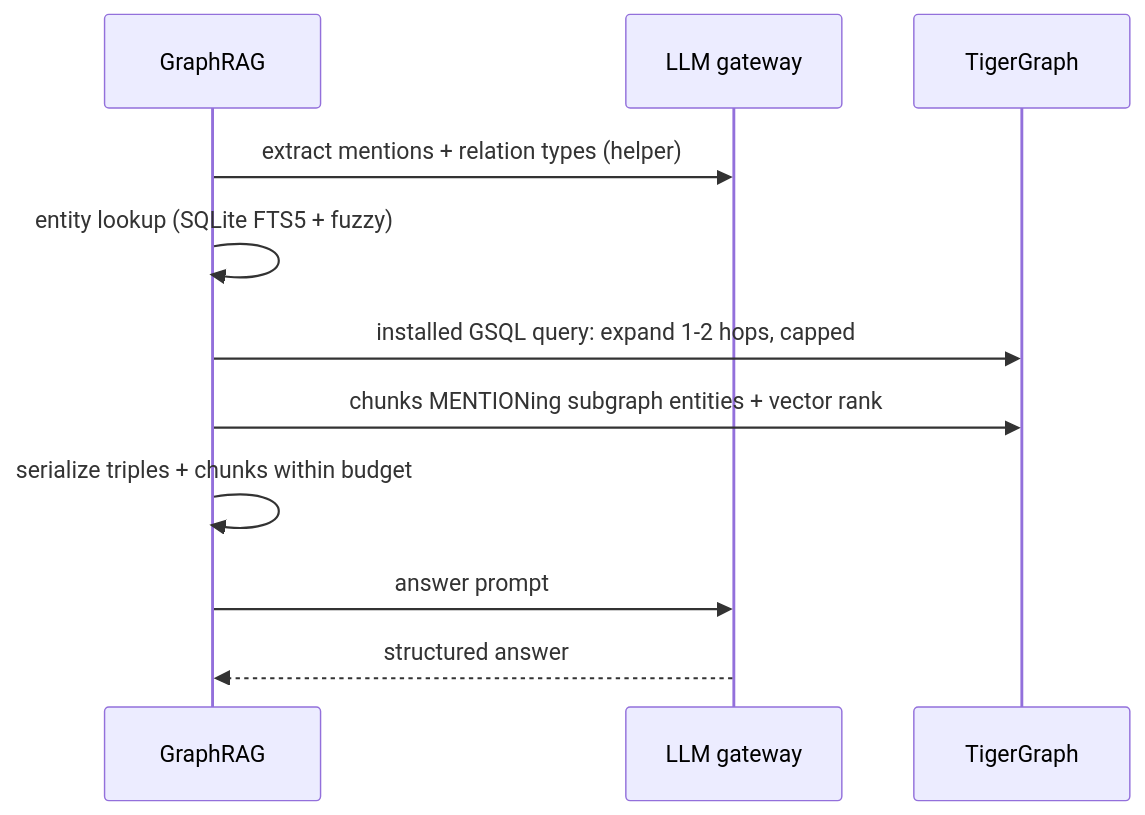
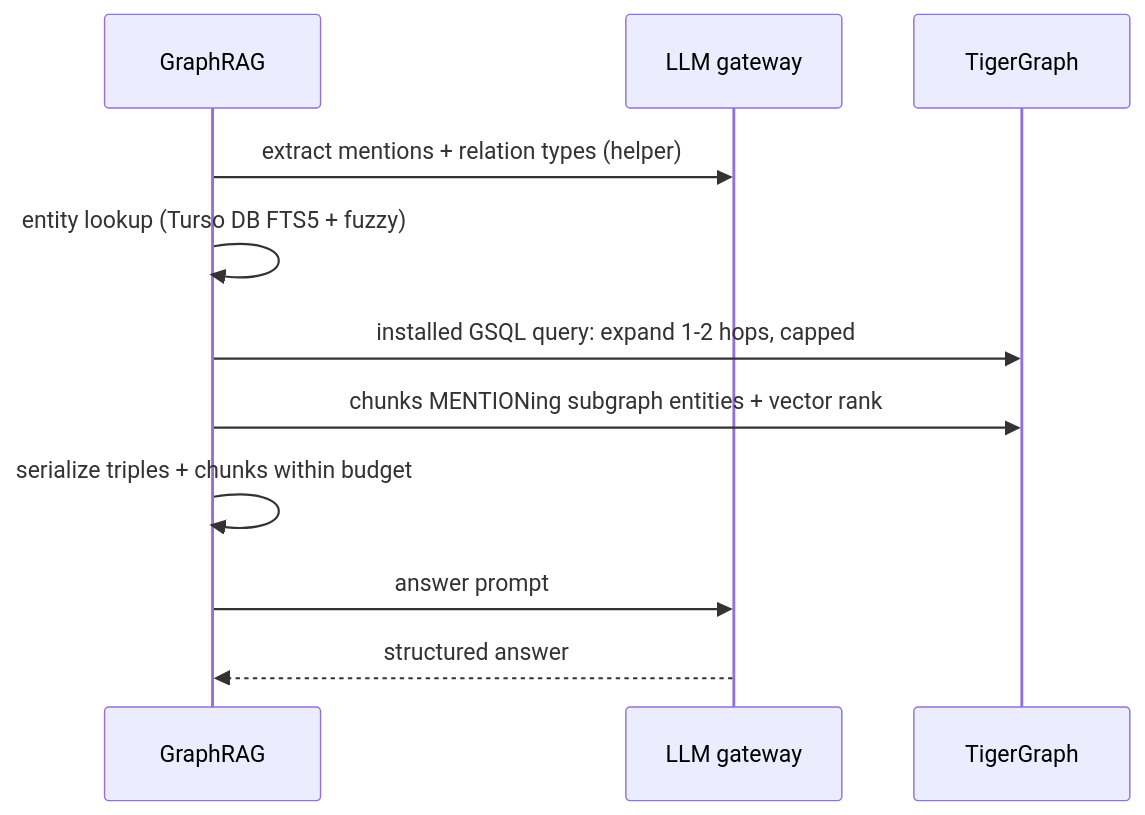
Before and after one commit to Tetra4ge/Interlock-TG: the seventh of 11 diagrams in docs/ARCHITECTURE.md, drawn with Mermaid. The commit also changed other lines of this file and 9 other files, not shown here.

Commit message:
docs: replace SQLite with Turso DB across all architecture and phase plans

````diff
--- a/docs/ARCHITECTURE.md
+++ b/docs/ARCHITECTURE.md
@@ -199,13 +199,13 @@
 ```mermaid
 sequenceDiagram
     participant P as GraphRAG
     participant L as LLM gateway
     participant N as TigerGraph
     P->>L: extract mentions + relation types (helper)
-    P->>P: entity lookup (SQLite FTS5 + fuzzy)
+    P->>P: entity lookup (Turso DB FTS5 + fuzzy)
     P->>N: installed GSQL query: expand 1-2 hops, capped
     P->>N: chunks MENTIONing subgraph entities + vector rank
     P->>P: serialize triples + chunks within budget
     P->>L: answer prompt
     L-->>P: structured answer
 ```
````
